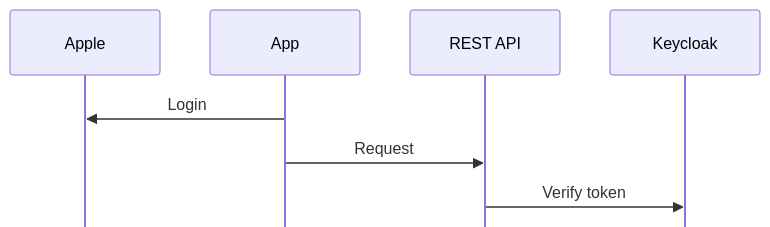
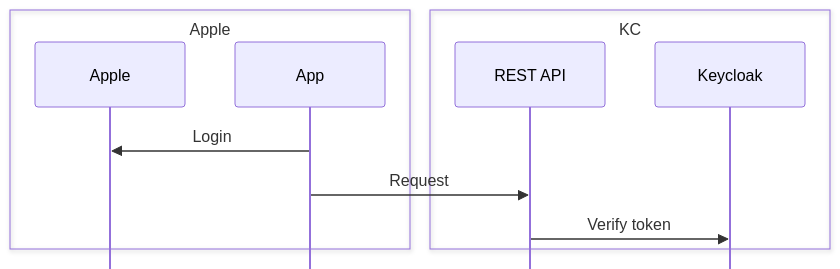
The first of 2 diagrams in seq/usecases.md (stianst/playground), drawn with Mermaid before and after one commit.

````diff
--- a/seq/usecases.md
+++ b/seq/usecases.md
@@ -5,14 +5,18 @@
 ```mermaid
 ---
 config:
     mirrorActors: false
 ---
 sequenceDiagram
+    box Apple
     participant Apple as Apple
     participant App as App
+    end
+    box KC
     participant RS as REST API
     participant KC as Keycloak
+    end
     App->>Apple: Login
     App->>RS: Request
     RS->>KC: Verify token
 ```
````
